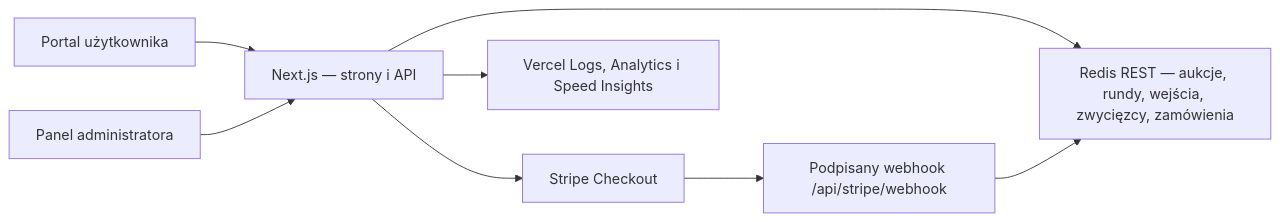
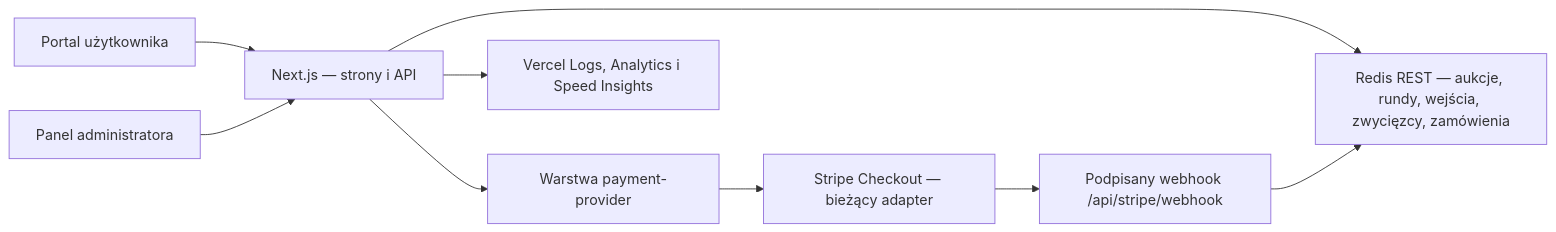
One commit to jryba94-maker/fiszy-mvp changed the diagram in README.md. Above: the diagram before and after it, drawn with Mermaid. The commit also changed other lines of this file and 40 other files, not shown here.

````diff
--- a/README.md
+++ b/README.md
@@ -27,10 +31,11 @@
 ```mermaid
 flowchart LR
   U["Portal użytkownika"] --> API["Next.js — strony i API"]
   A["Panel administratora"] --> API
   API --> R["Redis REST — aukcje, rundy, wejścia, zwycięzcy, zamówienia"]
-  API --> S["Stripe Checkout"]
+  API --> P["Warstwa payment-provider"]
+  P --> S["Stripe Checkout — bieżący adapter"]
   S --> W["Podpisany webhook /api/stripe/webhook"]
   W --> R
   API --> O["Vercel Logs, Analytics i Speed Insights"]
 ```
````
